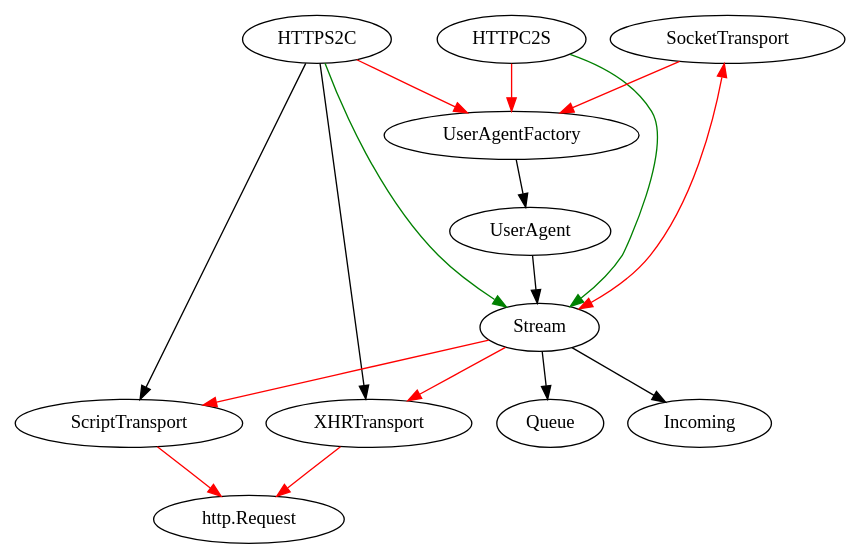
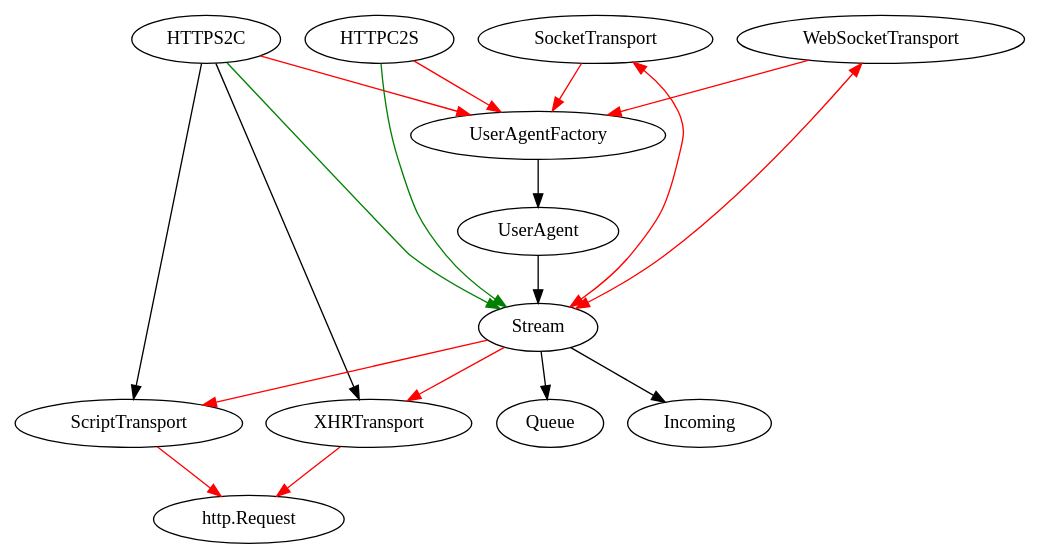
Before and after one commit to ludiosarchive/Minerva: the diagram in docs/object_layout.dot, drawn with Graphviz. The commit also changed 2 other files, not shown here.

```diff
--- a/docs/object_layout.dot
+++ b/docs/object_layout.dot
@@ -1,26 +1,28 @@
 /*
 
 Black arrow means "I instantiate this class (and possibly keep references to it)
 Red arrow means "I keep references to an object of this class"
 Green arrow means "I call methods on an object of this class but do not keep references to it"
 
 */
 
 digraph objects {
   HTTPS2C -> UserAgentFactory [color=red];
   HTTPS2C -> ScriptTransport;
   HTTPS2C -> Stream [color=green];
   HTTPS2C -> XHRTransport;
   HTTPC2S -> UserAgentFactory [color=red];
   HTTPC2S -> Stream [color=green];
   SocketTransport -> UserAgentFactory [color=red];
   SocketTransport -> Stream [color=red, dir=both];
+  WebSocketTransport -> UserAgentFactory [color=red];
+  WebSocketTransport -> Stream [color=red, dir=both];
   XHRTransport -> "http.Request" [color=red];
   ScriptTransport -> "http.Request" [color=red];
   Stream -> ScriptTransport [color=red];
   Stream -> XHRTransport [color=red];
   UserAgentFactory -> UserAgent;
   UserAgent -> Stream;
   Stream -> Queue;
   Stream -> Incoming;
 }
```
